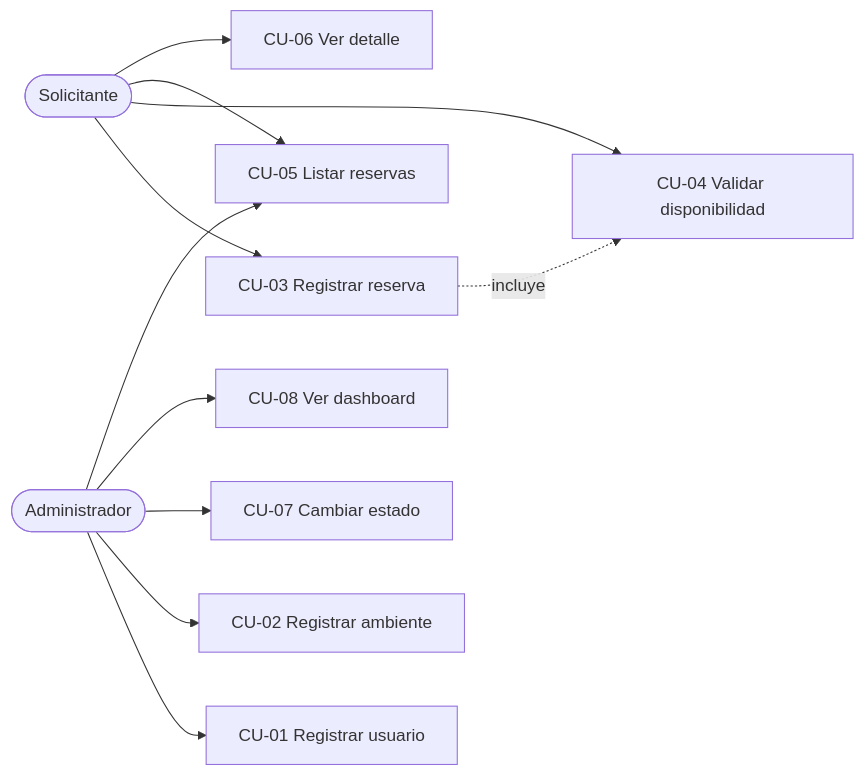
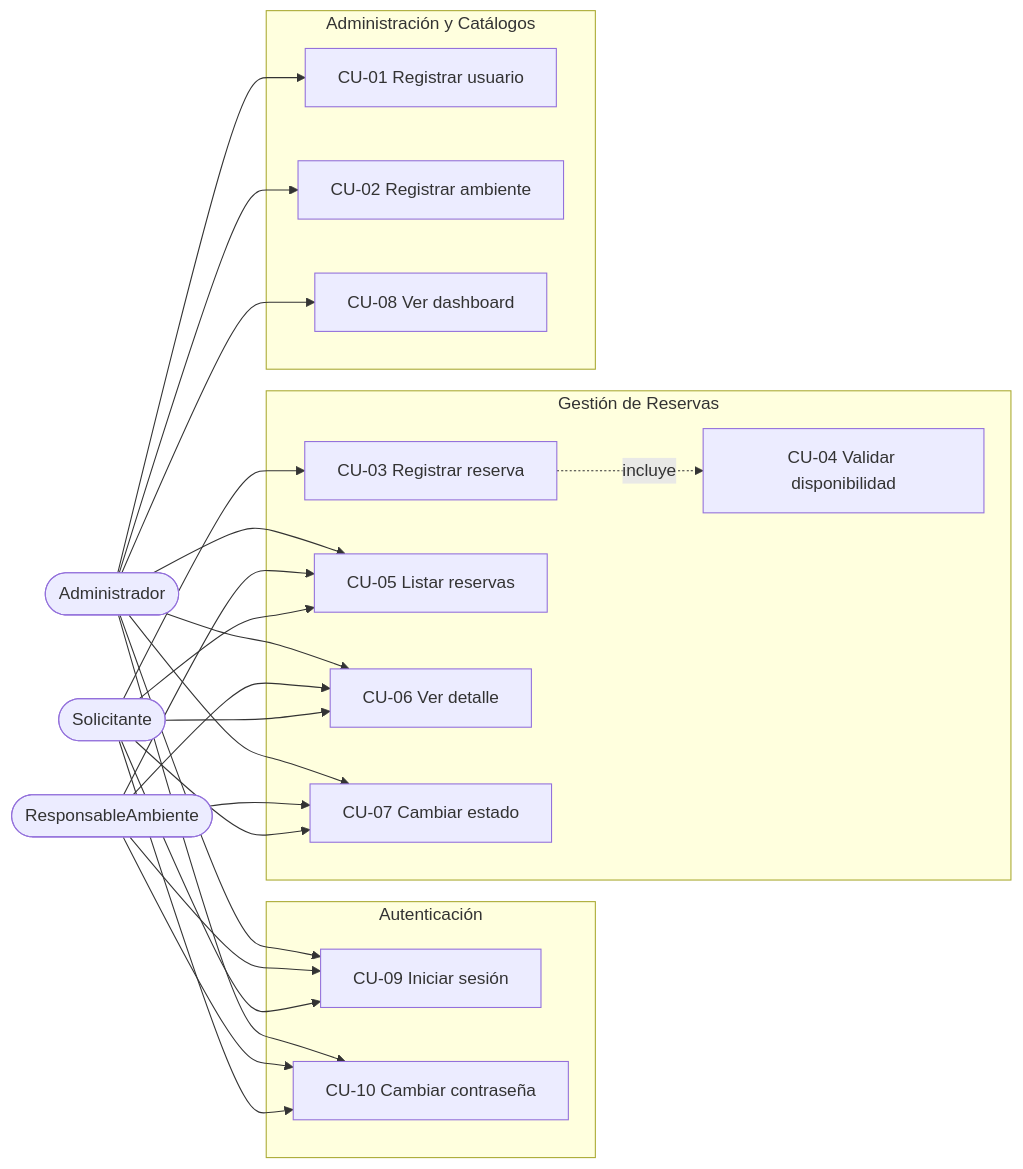
The first of 5 diagrams in docs/S01_ANALISIS.md (Kody2003/ReservaUPLA), drawn with Mermaid before and after one commit. The commit also changed other lines of this file and 4 other files, not shown here.

````diff
--- a/docs/S01_ANALISIS.md
+++ b/docs/S01_ANALISIS.md
@@ -30,15 +52,48 @@
 ```mermaid
 flowchart LR
     S([Solicitante])
+    R([ResponsableAmbiente])
     A([Administrador])
-    S --> CU03[CU-03 Registrar reserva]
-    S --> CU04[CU-04 Validar disponibilidad]
-    S --> CU05[CU-05 Listar reservas]
-    S --> CU06[CU-06 Ver detalle]
-    A --> CU01[CU-01 Registrar usuario]
-    A --> CU02[CU-02 Registrar ambiente]
-    A --> CU07[CU-07 Cambiar estado]
-    A --> CU08[CU-08 Ver dashboard]
+
+    subgraph Autenticación
+        CU09[CU-09 Iniciar sesión]
+        CU10[CU-10 Cambiar contraseña]
+    end
+
+    subgraph Gestión de Reservas
+        CU03[CU-03 Registrar reserva]
+        CU04[CU-04 Validar disponibilidad]
+        CU05[CU-05 Listar reservas]
+        CU06[CU-06 Ver detalle]
+        CU07[CU-07 Cambiar estado]
+    end
+
+    subgraph Administración y Catálogos
+        CU01[CU-01 Registrar usuario]
+        CU02[CU-02 Registrar ambiente]
+        CU08[CU-08 Ver dashboard]
+    end
+
+    S --> CU09
+    S --> CU10
+    S --> CU03
+    S --> CU05
+    S --> CU06
+    S --> CU07
+    CU03 -. incluye .-> CU04
+
+    R --> CU09
+    R --> CU10
+    R --> CU05
+    R --> CU06
+    R --> CU07
+
+    A --> CU09
+    A --> CU10
+    A --> CU01
+    A --> CU02
     A --> CU05
-    CU03 -. incluye .-> CU04
+    A --> CU06
+    A --> CU07
+    A --> CU08
 ```
````
